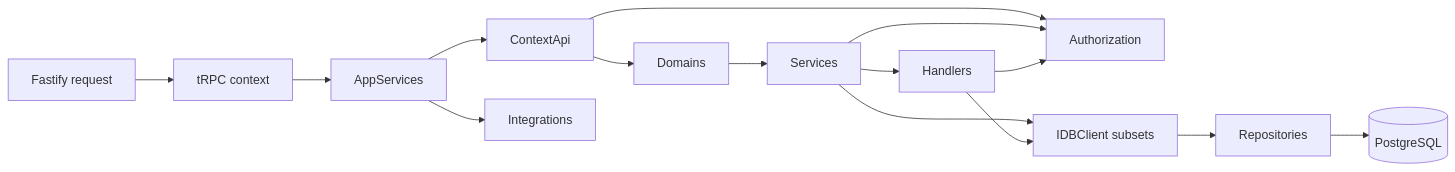
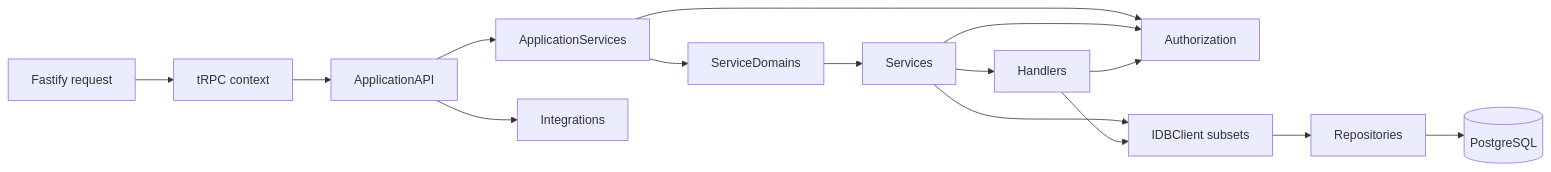
The diagram in src/server/core/service/README.md (buildtitans/events-system), drawn with Mermaid before and after one commit. The commit also changed other lines of this file and 20 other files, not shown here.

Commit message:
Clarify server application API and service boundary w/updated naming conventions

````diff
--- a/src/server/core/service/README.md
+++ b/src/server/core/service/README.md
@@ -22,17 +22,17 @@
 ```mermaid
 flowchart LR
     Request["Fastify request"] --> Context["tRPC context"]
-    Context --> AppServices
-    AppServices --> ContextApi
-    AppServices --> Integrations
-    ContextApi --> Domains
-    ContextApi --> Authorization
-    Domains --> Services
+    Context --> ApplicationAPI
+    ApplicationAPI --> ApplicationServices
+    ApplicationAPI --> Integrations
+    ApplicationServices --> ServiceDomains
+    ApplicationServices --> Authorization
+    ServiceDomains --> Services
     Services --> Handlers
     Services --> Authorization
     Handlers --> Authorization
     Services --> DB["IDBClient subsets"]
     Handlers --> DB
     DB --> Repositories
     Repositories --> PostgreSQL[(PostgreSQL)]
 ```
````
